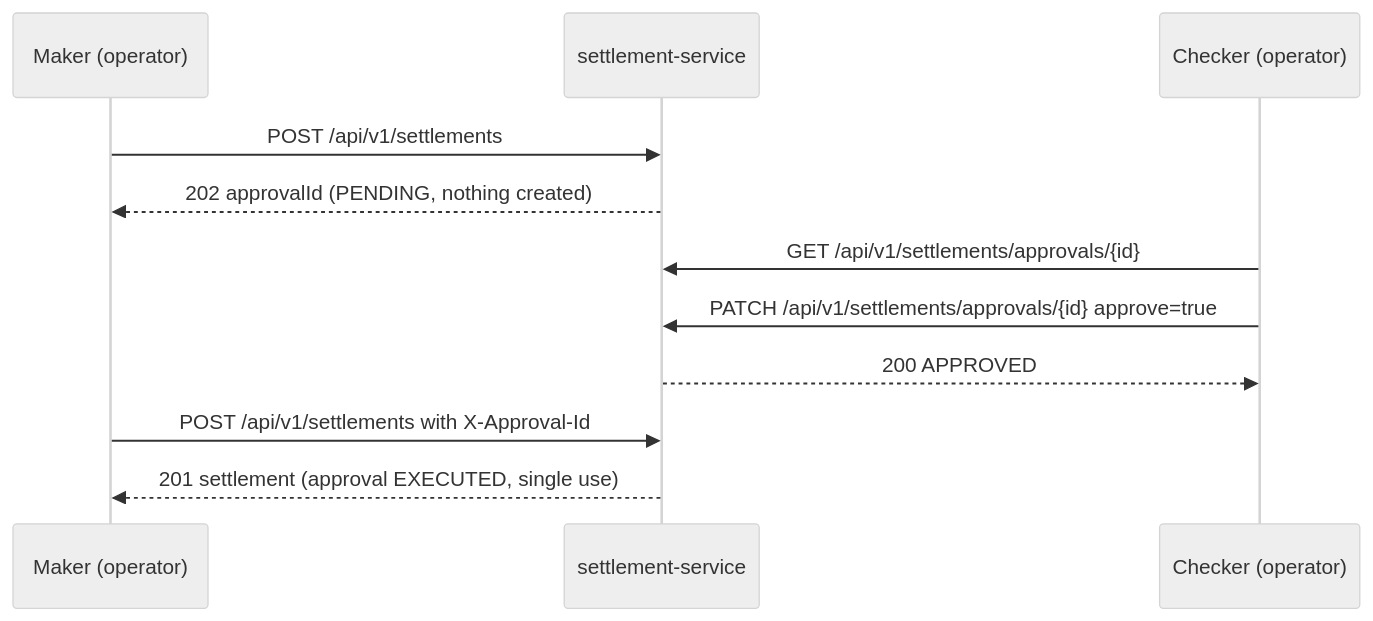
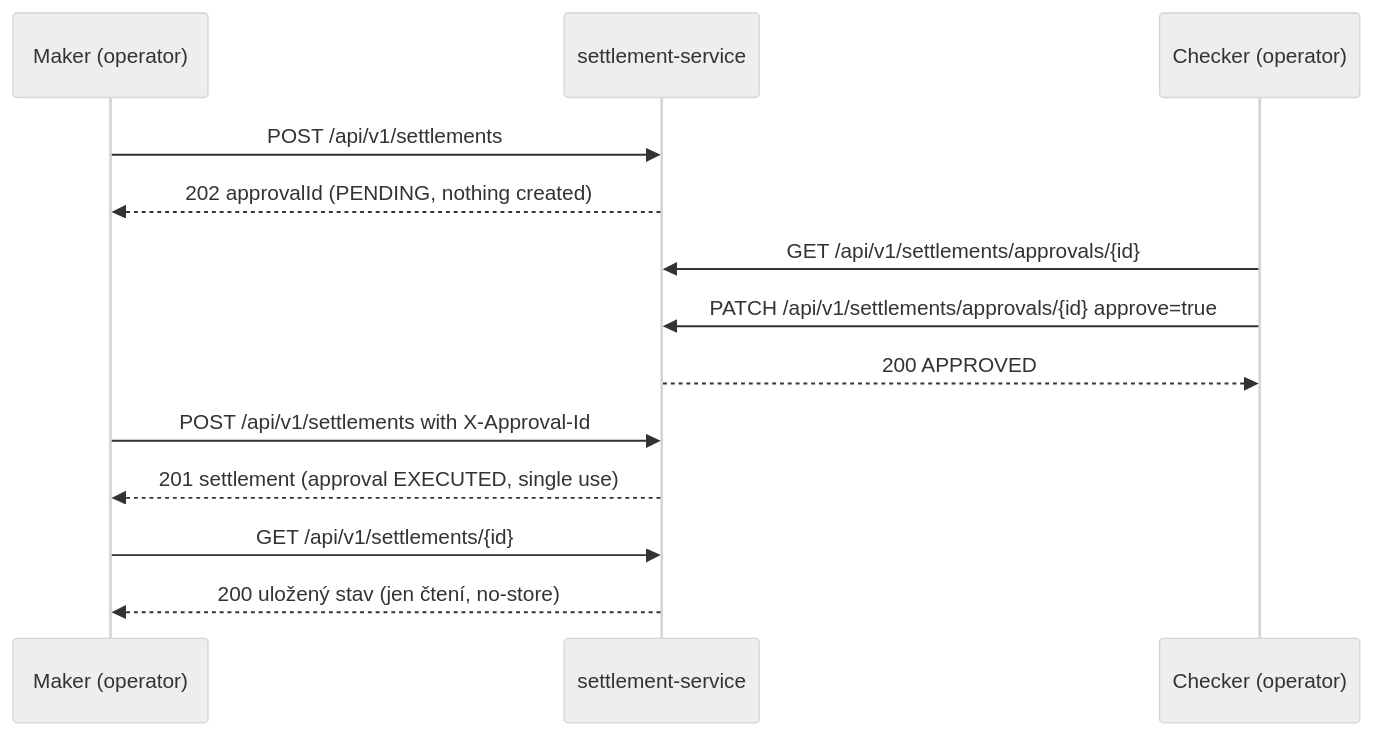
One commit to JiRaska/open-bank-oss changed the second of 2 diagrams in openbank-settlement-service/src/main/resources/docs/04-data.cs.md. Above: the diagram before and after it, drawn with Mermaid (neutral theme). The commit also changed other lines of this file and 21 other files, not shown here.

````diff
--- a/openbank-settlement-service/src/main/resources/docs/04-data.cs.md
+++ b/openbank-settlement-service/src/main/resources/docs/04-data.cs.md
@@ -76,13 +76,15 @@
 ```mermaid
 sequenceDiagram
   participant M as Maker (operator)
   participant S as settlement-service
   participant C as Checker (operator)
   M->>S: POST /api/v1/settlements
   S-->>M: 202 approvalId (PENDING, nothing created)
   C->>S: GET /api/v1/settlements/approvals/{id}
   C->>S: PATCH /api/v1/settlements/approvals/{id} approve=true
   S-->>C: 200 APPROVED
   M->>S: POST /api/v1/settlements with X-Approval-Id
   S-->>M: 201 settlement (approval EXECUTED, single use)
+  M->>S: GET /api/v1/settlements/{id}
+  S-->>M: 200 uložený stav (jen čtení, no-store)
 ```
````
